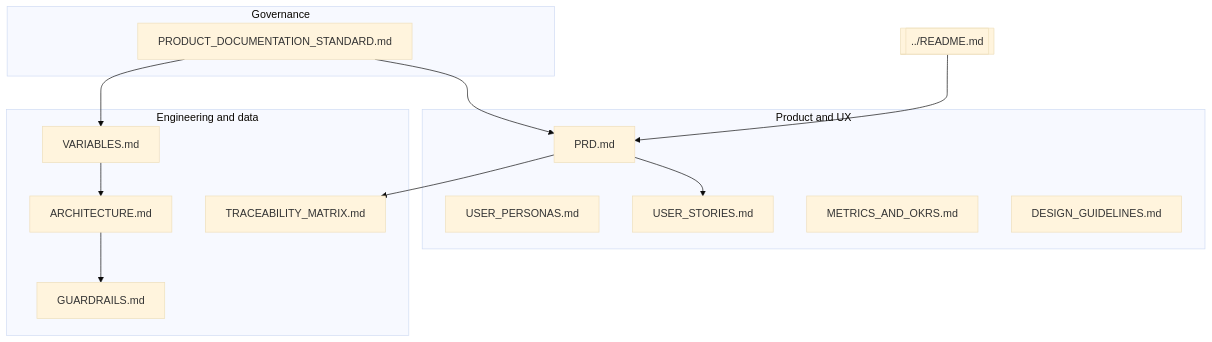
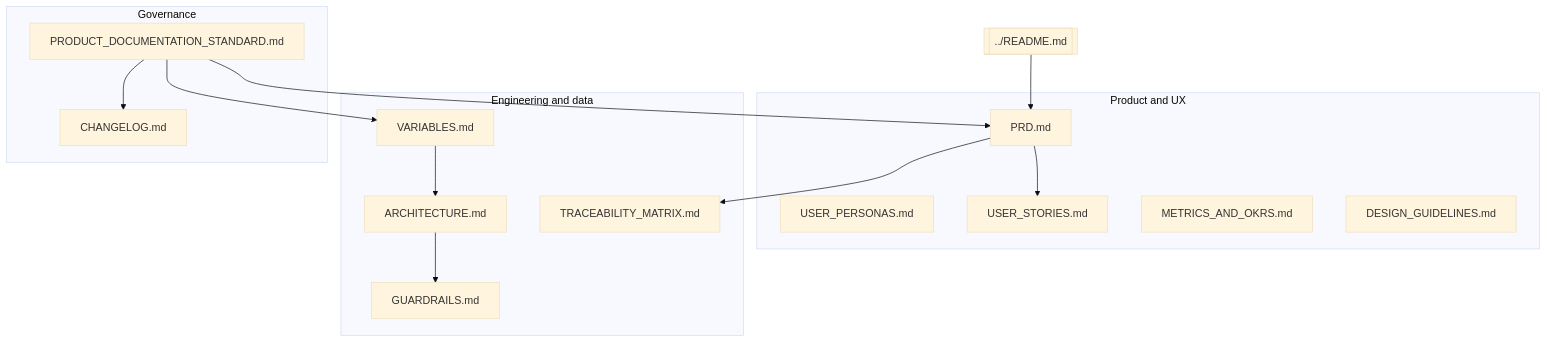
One commit to RifqiMT/country-analytics-dashboard changed the diagram in docs/README.md. Above: the diagram before and after it, drawn with Mermaid (base theme). The commit also changed other lines of this file and 31 other files, not shown here.

````diff
--- a/docs/README.md
+++ b/docs/README.md
@@ -9,27 +9,29 @@
 ```mermaid
 flowchart TB
   subgraph product [Product and UX]
     PRD[PRD.md]
     PERSONAS[USER_PERSONAS.md]
     STORIES[USER_STORIES.md]
     OKRS[METRICS_AND_OKRS.md]
     DESIGN[DESIGN_GUIDELINES.md]
   end
   subgraph engineering [Engineering and data]
     VARS[VARIABLES.md]
     ARCH[ARCHITECTURE.md]
     GUARD[GUARDRAILS.md]
     TRACE[TRACEABILITY_MATRIX.md]
   end
   subgraph meta [Governance]
     STD[PRODUCT_DOCUMENTATION_STANDARD.md]
+    CL[CHANGELOG.md]
   end
+  STD --> CL
   README_ROOT[[../README.md]]
   README_ROOT --> PRD
   PRD --> STORIES
   PRD --> TRACE
   VARS --> ARCH
   ARCH --> GUARD
   STD --> PRD
   STD --> VARS
 ```
````
